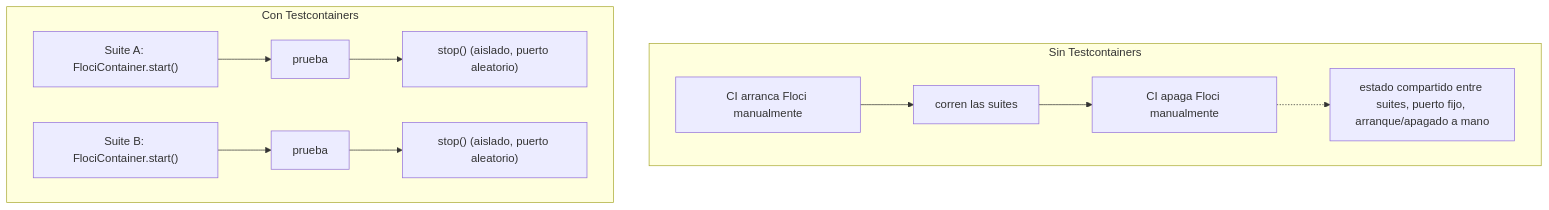
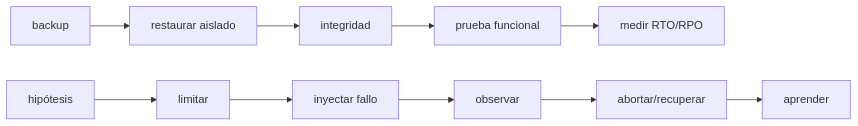
One commit to NICORUIZ93/The_Imperial_Book changed the seventh of 11 diagrams in web/public/content/cloud/modulo-31.md. Above: the diagram before and after it, drawn with Mermaid. The commit also changed other lines of this file and 305 other files, not shown here.

````diff
--- a/web/public/content/cloud/modulo-31.md
+++ b/web/public/content/cloud/modulo-31.md
@@ -376,11 +182,5 @@
 ```mermaid
-flowchart TD
-    subgraph SIN["Sin Testcontainers"]
-        S1["CI arranca Floci manualmente"] --> S2["corren las suites"] --> S3["CI apaga Floci manualmente"]
-        S3 -.-> N1["estado compartido entre suites, puerto fijo, arranque/apagado a mano"]
-    end
-    subgraph CON["Con Testcontainers"]
-        A1["Suite A: FlociContainer.start()"] --> A2["prueba"] --> A3["stop() (aislado, puerto aleatorio)"]
-        B1["Suite B: FlociContainer.start()"] --> B2["prueba"] --> B3["stop() (aislado, puerto aleatorio)"]
-    end
+flowchart LR
+    B["backup"] --> R["restaurar aislado"] --> I["integridad"] --> PF["prueba funcional"] --> M["medir RTO/RPO"]
+    H["hipótesis"] --> L["limitar"] --> IF["inyectar fallo"] --> O["observar"] --> AB["abortar/recuperar"] --> AP["aprender"]
 ```
````
